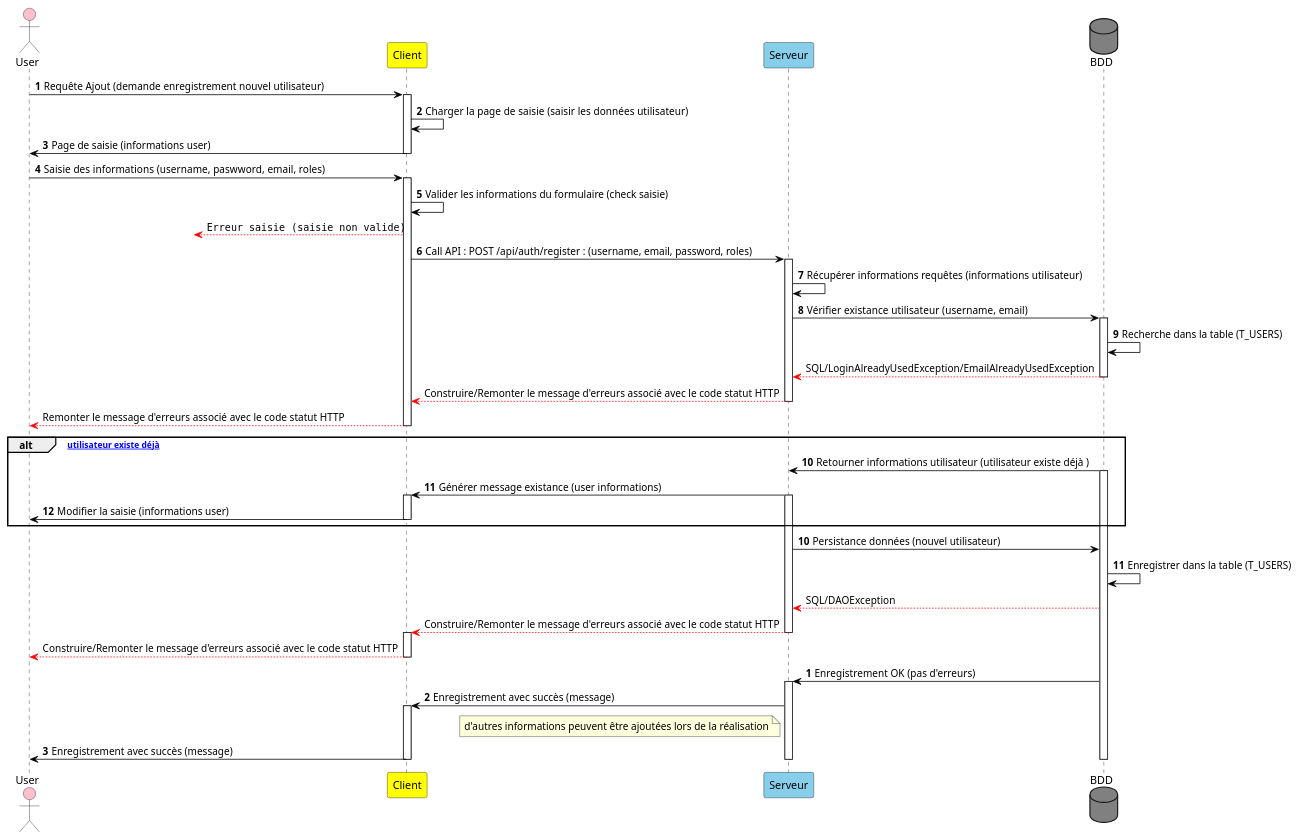
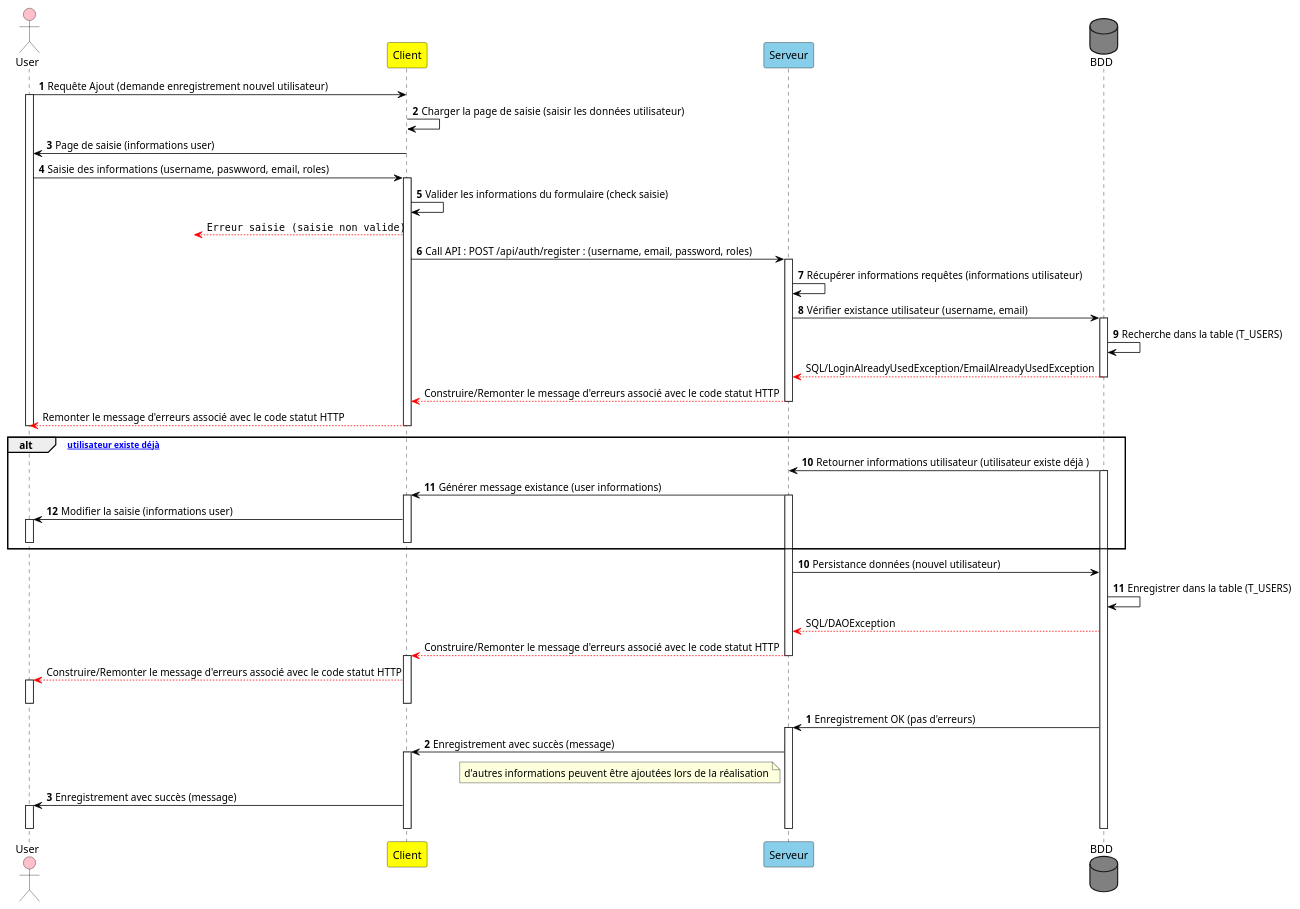
The first of 3 diagrams in README.md (Corey-Peyton/jwt-auth-web-api-sandbox), drawn with PlantUML before and after one commit. The commit also changed other lines of this file and 1 other file, not shown here.

Commit message:
PlantUML use case : s'authentifier

````diff
--- a/README.md
+++ b/README.md
@@ -109,7 +109,8 @@
 
 ' Déclaration des enchainements des séquences des traitements
 autonumber
-User -[#black]> Client++  : Requête Ajout (demande enregistrement nouvel utilisateur)
+User -[#black]> Client : Requête Ajout (demande enregistrement nouvel utilisateur)
+activate User
 Client -[#black]> Client : Charger la page de saisie  (saisir les données utilisateur)
 Client -[#black]> User : Page de saisie (informations user)
 deactivate Client
@@ -142,6 +143,7 @@
 deactivate Serveur
 Client --[#red]> User : Remonter le message d'erreurs associé avec le code statut HTTP
 deactivate Client
+deactivate User
 
 ' Traitement alternatif lorsque l'utilisateur existe déjà en base de données
 alt [Si utilisateur existe déjà]
@@ -152,7 +154,9 @@
 activate Serveur
 activate Client
 Client -[#black]> User : Modifier la saisie (informations user)
+activate User
 deactivate Client
+deactivate User
 autonumber stop
 end
 
@@ -164,9 +168,11 @@
 BDD --[#red]> Serveur : SQL/DAOException
 Serveur --[#red]> Client : Construire/Remonter le message d'erreurs associé avec le code statut HTTP
 deactivate Serveur
-activate Client 
+activate Client
 Client --[#red]> User : Construire/Remonter le message d'erreurs associé avec le code statut HTTP
+activate User
 deactivate Client
+deactivate User
 
 autonumber
 BDD -[#black]> Serveur : Enregistrement OK (pas d'erreurs)
@@ -176,8 +182,10 @@
 
 activate Client 
 Client -[#black]> User : Enregistrement avec succès (message)
+activate User
 deactivate Serveur
 deactivate Client
+deactivate User
 deactivate BDD
 @enduml
 ``` 
````
